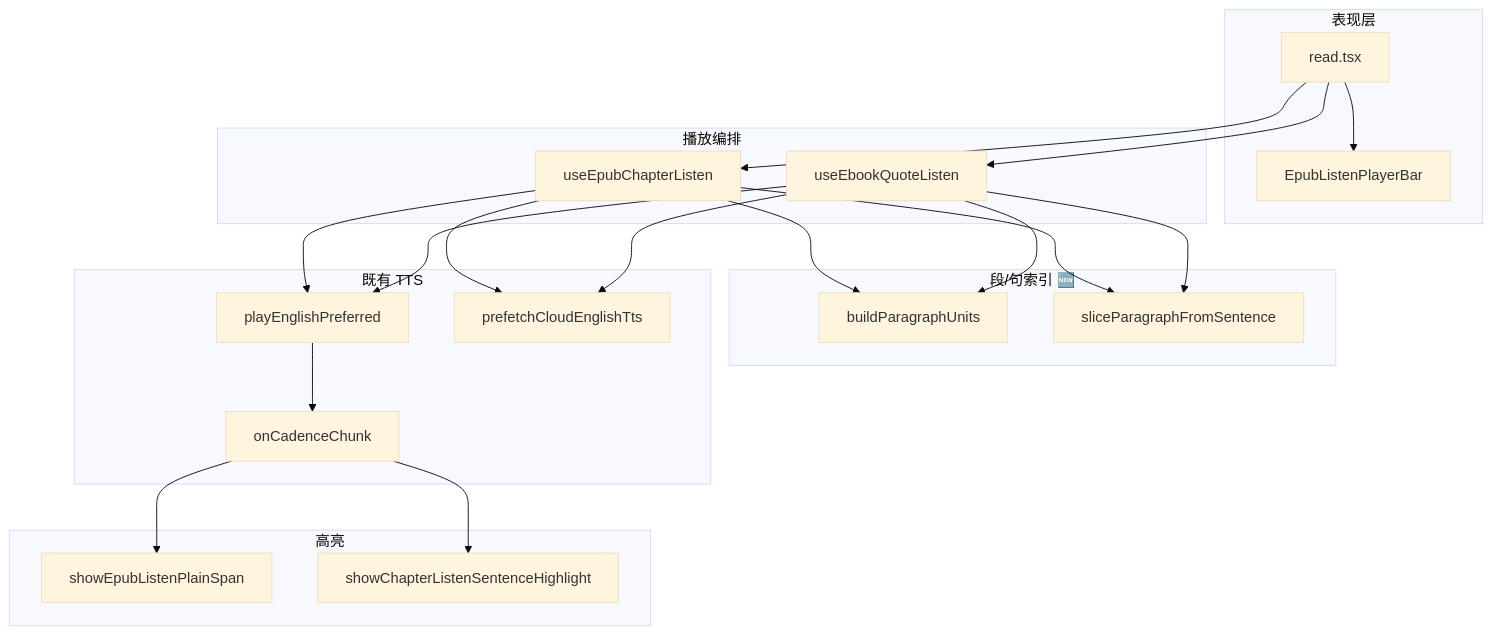
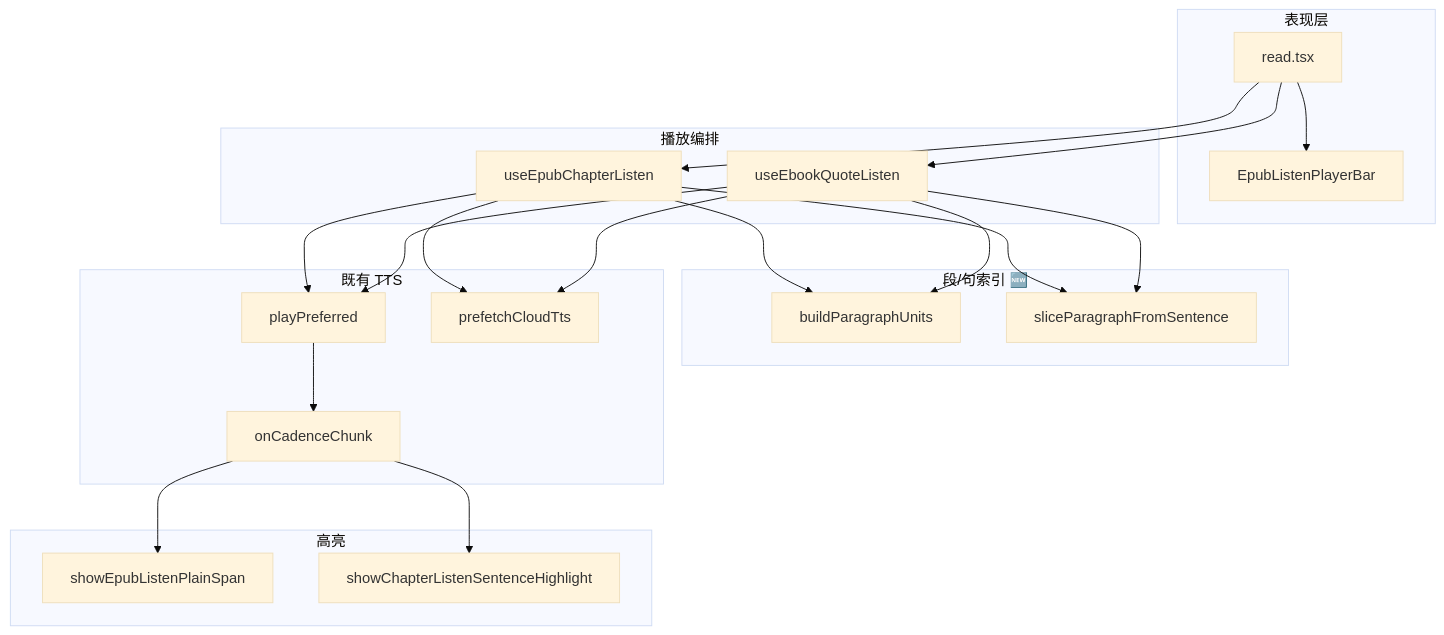
Before and after one commit to dnhyxc/dnhyxc-ai: the first of 4 diagrams in docs/ideas/epub-listen-paragraph-tts.md, drawn with Mermaid (base theme). The commit also changed other lines of this file and 111 other files, not shown here.

````diff
--- a/docs/ideas/epub-listen-paragraph-tts.md
+++ b/docs/ideas/epub-listen-paragraph-tts.md
@@ -105,43 +105,43 @@
 ```mermaid
 flowchart TB
   subgraph UI [表现层]
     Read[read.tsx]
     Bar[EpubListenPlayerBar]
   end
 
   subgraph Hooks [播放编排]
     Chapter[useEpubChapterListen]
     Quote[useEbookQuoteListen]
   end
 
   subgraph Units [段/句索引 🆕]
     BuildPara[buildParagraphUnits]
     SliceTail[sliceParagraphFromSentence]
   end
 
   subgraph TTS [既有 TTS]
-    PlayPref[playEnglishPreferred]
+    PlayPref[playPreferred]
     Cadence[onCadenceChunk]
-    Prefetch[prefetchCloudEnglishTts]
+    Prefetch[prefetchCloudTts]
   end
 
   subgraph Overlay [高亮]
     QuoteHL[showEpubListenPlainSpan]
     ChapHL[showChapterListenSentenceHighlight]
   end
 
   Read --> Chapter
   Read --> Quote
   Read --> Bar
   Chapter --> BuildPara
   Quote --> BuildPara
   Chapter --> SliceTail
   Quote --> SliceTail
   Chapter --> PlayPref
   Quote --> PlayPref
   PlayPref --> Cadence
   Cadence --> QuoteHL
   Cadence --> ChapHL
   Chapter --> Prefetch
   Quote --> Prefetch
 ```
````
